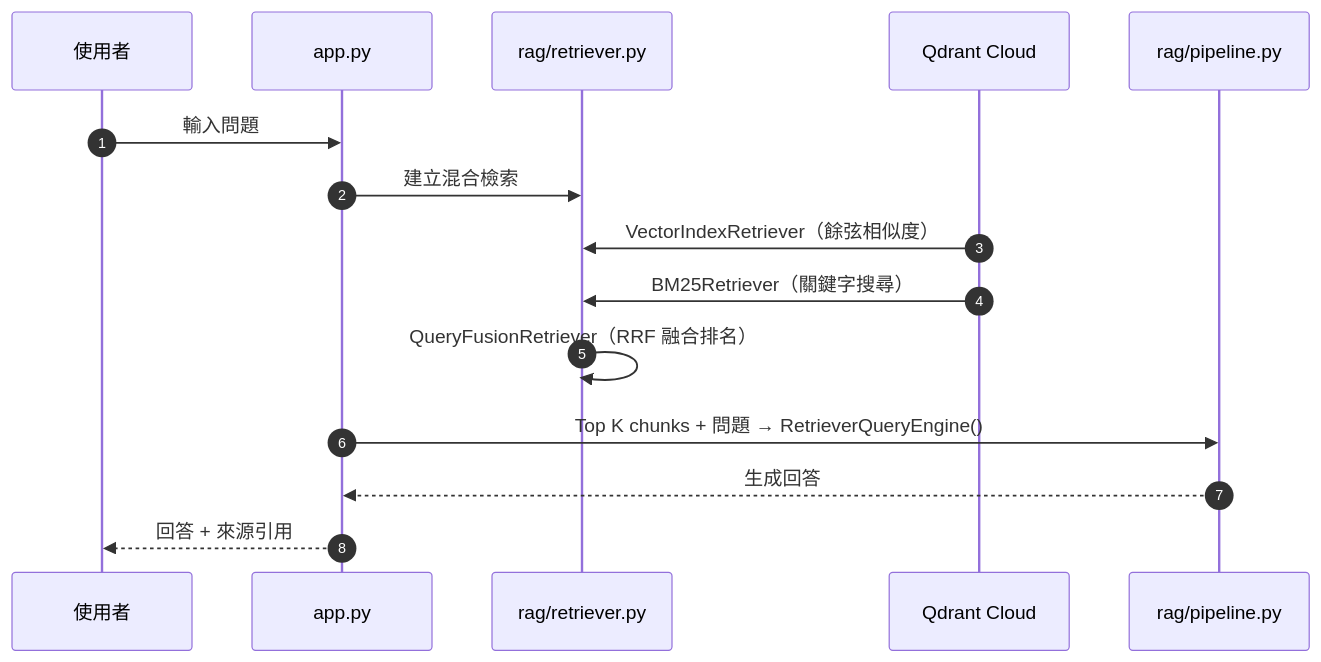
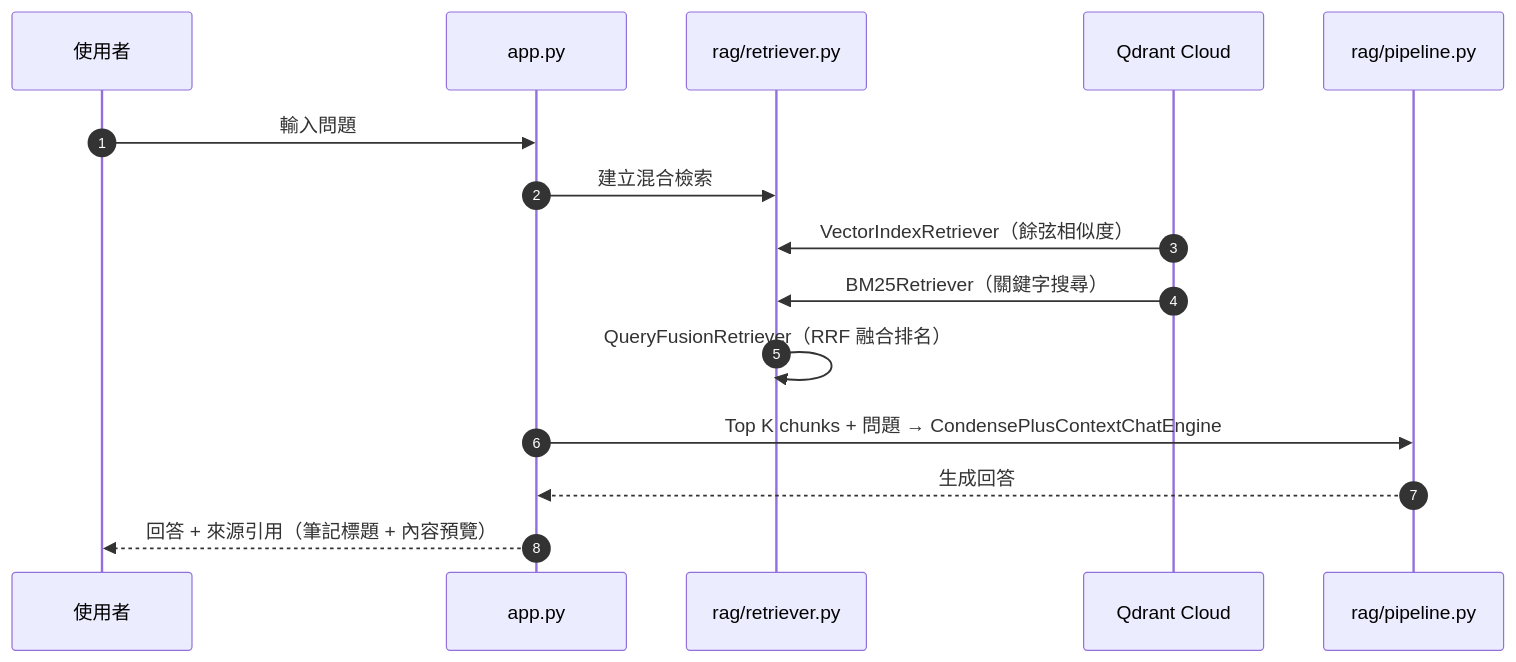
The diagram in README.md (Jason910315/langchain-brain), drawn with Mermaid before and after one commit. The commit also changed other lines of this file and 11 other files, not shown here.

````diff
--- a/README.md
+++ b/README.md
@@ -69,18 +67,18 @@
 ```mermaid
 sequenceDiagram
     autonumber
     participant User as 使用者
     participant App as app.py
     participant Retriever as rag/retriever.py
     participant Qdrant as Qdrant Cloud
-    participant rag/pipeline.py as rag/pipeline.py
+    participant Engine as rag/pipeline.py
 
     User->>App: 輸入問題
     App->>Retriever: 建立混合檢索
     Qdrant->>Retriever: VectorIndexRetriever（餘弦相似度）
     Qdrant->>Retriever: BM25Retriever（關鍵字搜尋）
     Retriever->>Retriever: QueryFusionRetriever（RRF 融合排名）
-    App->>rag/pipeline.py: Top K chunks + 問題 → RetrieverQueryEngine()
-    rag/pipeline.py-->>App: 生成回答
-    App-->>User: 回答 + 來源引用
+    App->>Engine: Top K chunks + 問題 → CondensePlusContextChatEngine
+    Engine-->>App: 生成回答
+    App-->>User: 回答 + 來源引用（筆記標題 + 內容預覽）
 ```
````
